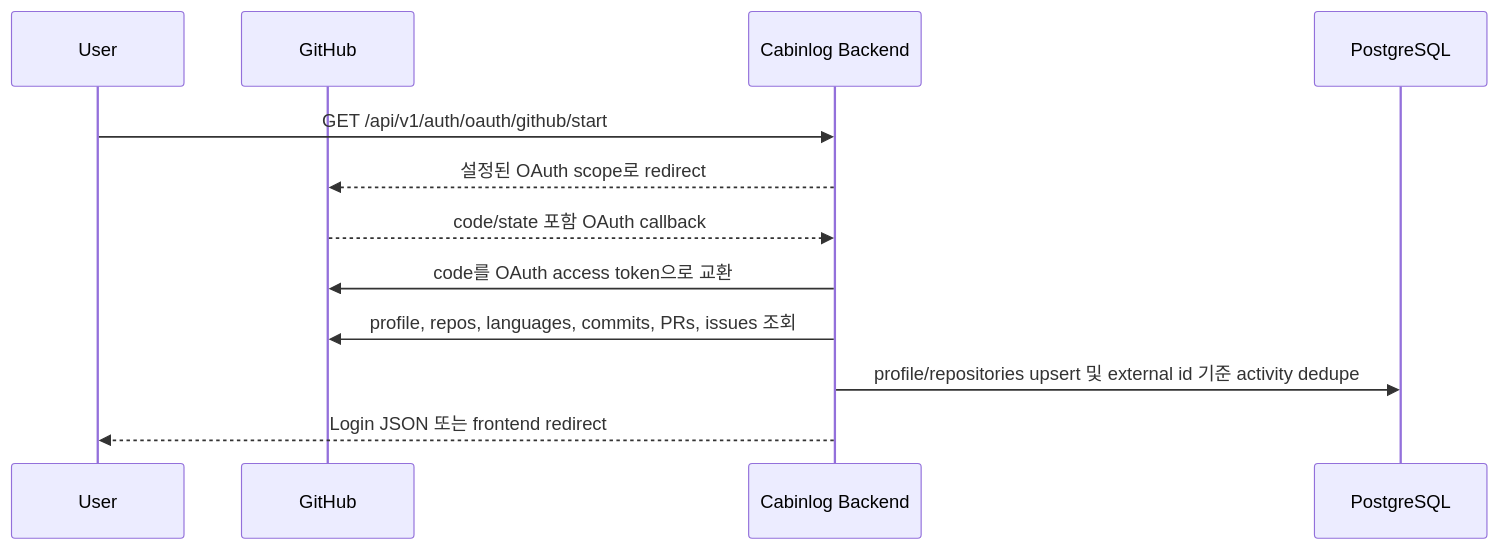
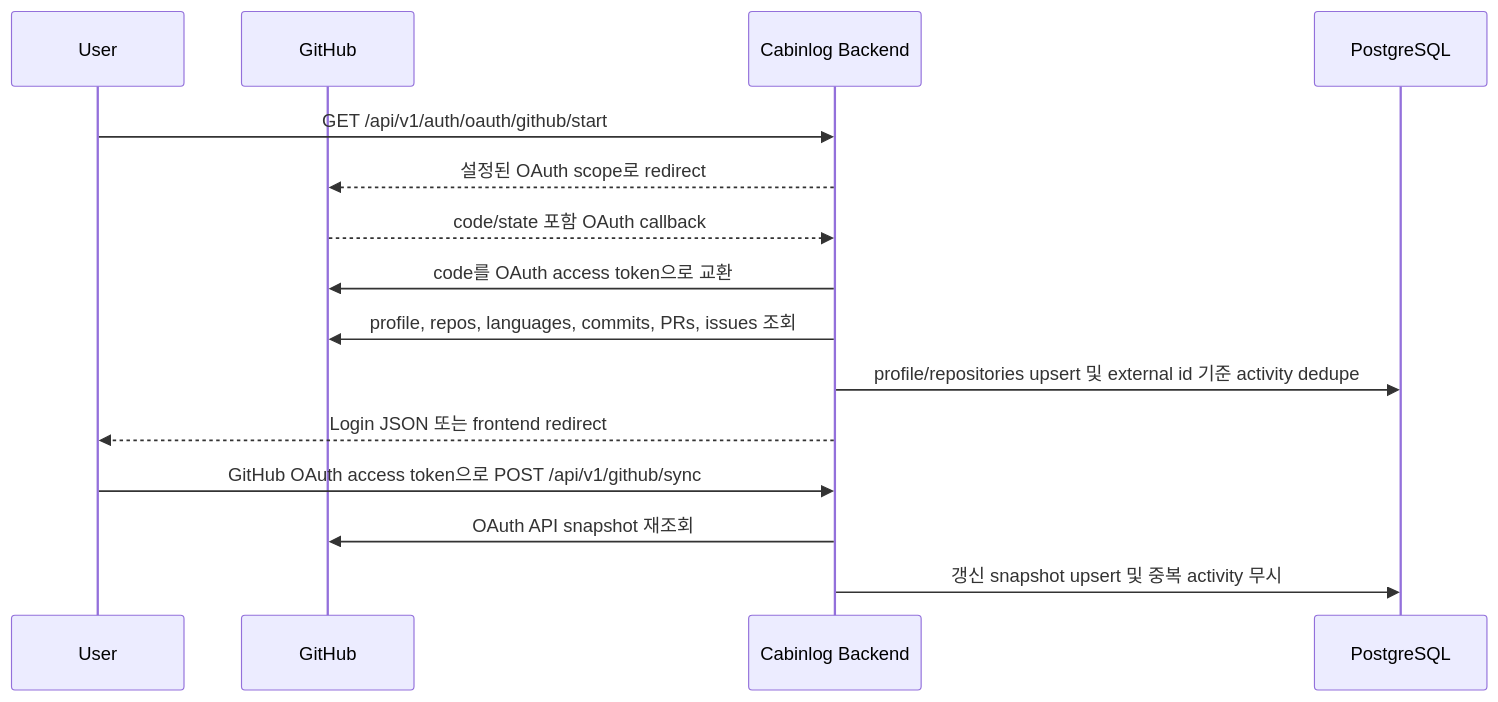
The second of 3 diagrams in notes/ko/backend/README.md (cabin-log/cabin-log), drawn with Mermaid before and after one commit. The commit also changed other lines of this file and 6 other files, not shown here.

First line of the commit message:
feat(github): add oauth snapshot sync route

````diff
--- a/notes/ko/backend/README.md
+++ b/notes/ko/backend/README.md
@@ -82,15 +83,18 @@
 ```mermaid
 sequenceDiagram
     participant User
     participant GitHub
     participant API as Cabinlog Backend
     participant DB as PostgreSQL
 
     User->>API: GET /api/v1/auth/oauth/github/start
     API-->>GitHub: 설정된 OAuth scope로 redirect
     GitHub-->>API: code/state 포함 OAuth callback
     API->>GitHub: code를 OAuth access token으로 교환
     API->>GitHub: profile, repos, languages, commits, PRs, issues 조회
     API->>DB: profile/repositories upsert 및 external id 기준 activity dedupe
     API-->>User: Login JSON 또는 frontend redirect
+    User->>API: GitHub OAuth access token으로 POST /api/v1/github/sync
+    API->>GitHub: OAuth API snapshot 재조회
+    API->>DB: 갱신 snapshot upsert 및 중복 activity 무시
 ```
````
